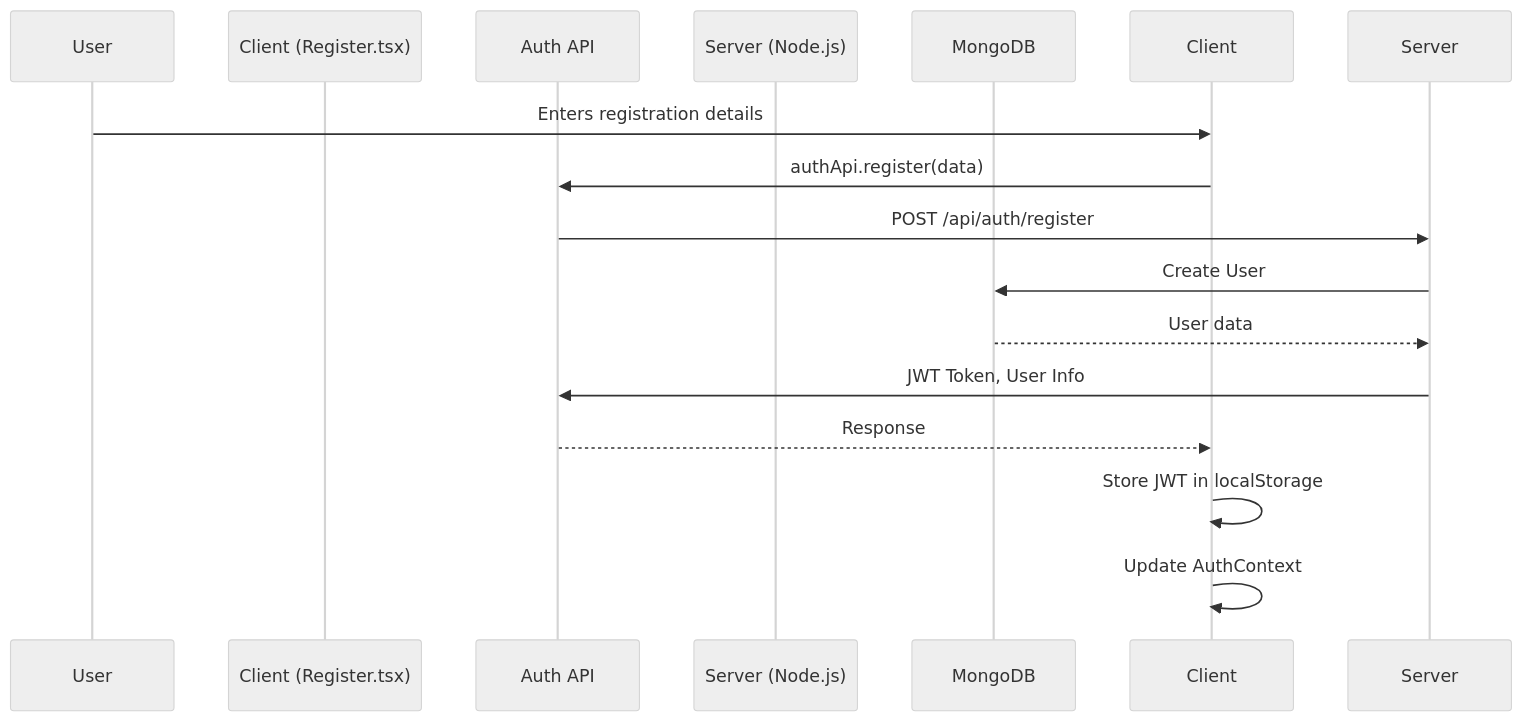
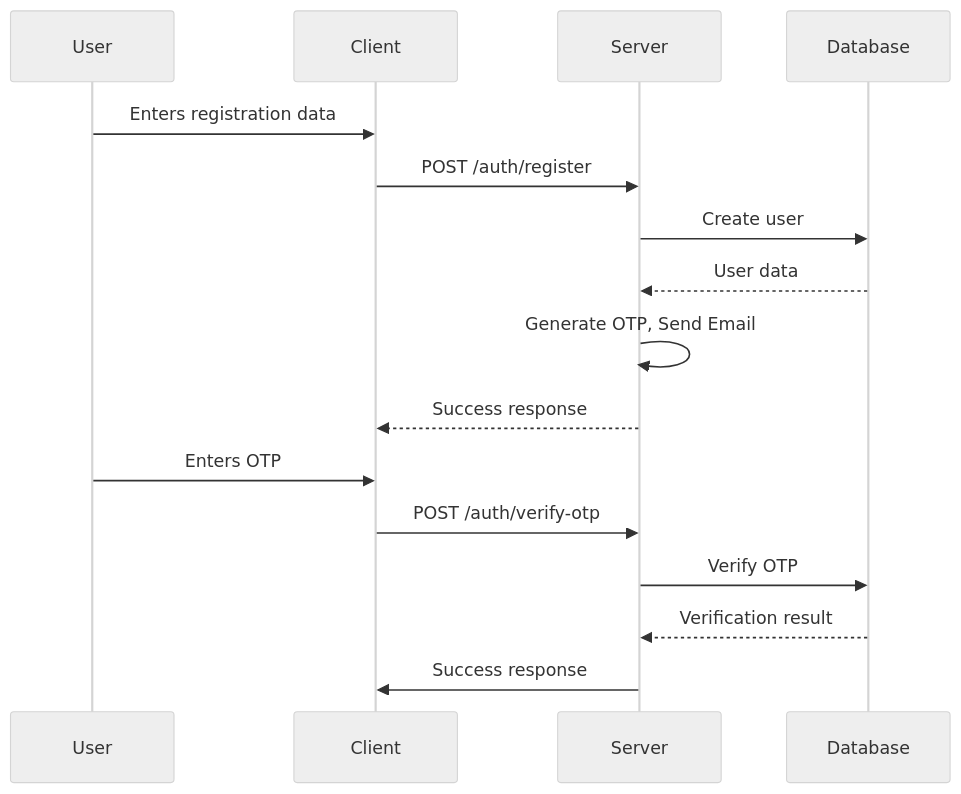
The seventh of 12 diagrams in README.md (sreecharan-desu/reXa), drawn with Mermaid (neutral theme) before and after one commit. The commit also changed other lines of this file, not shown here.

````diff
--- a/README.md
+++ b/README.md
@@ -1563,18 +1041,19 @@
 ```mermaid
 sequenceDiagram
     participant User
-    participant Client (Register.tsx)
-    participant Auth API
-    participant Server (Node.js)
-    participant MongoDB
+    participant Client
+    participant Server
+    participant Database
 
-    User->>Client: Enters registration details
-    Client->>Auth API: authApi.register(data)
-    Auth API->>Server: POST /api/auth/register
-    Server->>MongoDB: Create User
-    MongoDB-->>Server: User data
-    Server->>Auth API: JWT Token, User Info
-    Auth API-->>Client: Response
-    Client->>Client: Store JWT in localStorage
-    Client->>Client: Update AuthContext
+    User->>Client: Enters registration data
+    Client->>Server: POST /auth/register
+    Server->>Database: Create user
+    Database-->>Server: User data
+    Server->>Server: Generate OTP, Send Email
+    Server-->>Client: Success response
+    User->>Client: Enters OTP
+    Client->>Server: POST /auth/verify-otp
+    Server->>Database: Verify OTP
+    Database-->>Server: Verification result
+    Server->>Client: Success response
 ```
````
